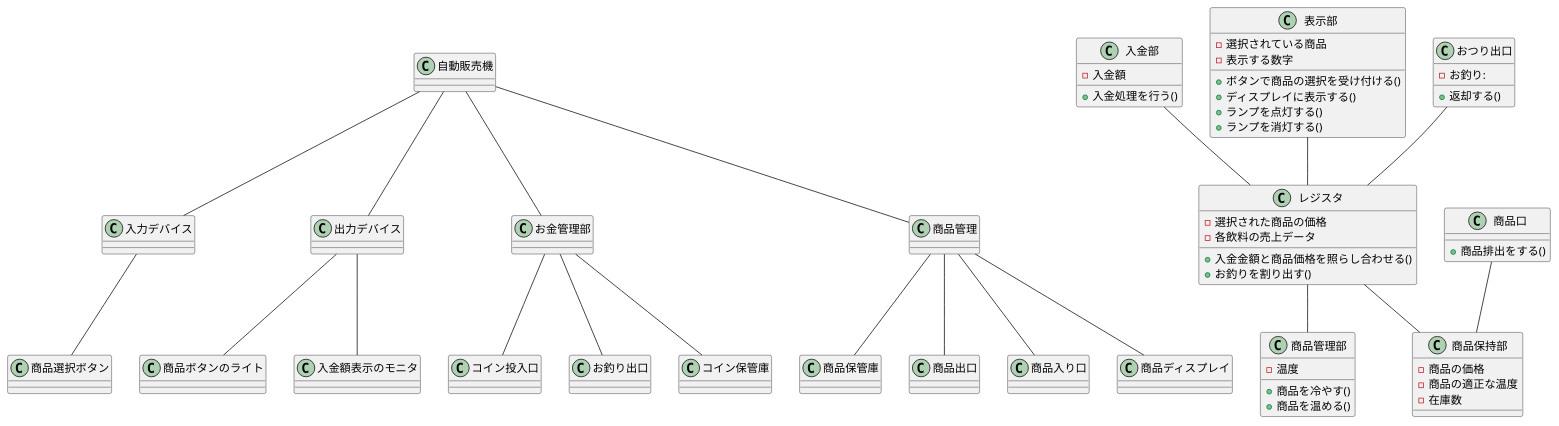
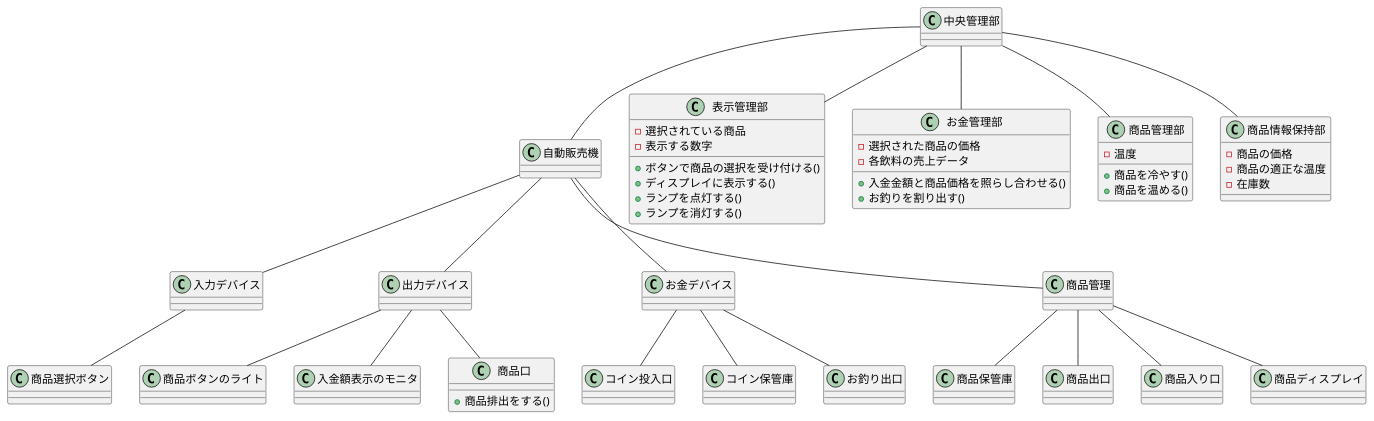
One commit to SLP-ETR-public/plantUML-recture changed the diagram in kattsun17/Q03/class.pu. Above: the diagram before and after it, drawn with PlantUML. The commit also changed 1 other file, not shown here.

```diff
--- a/kattsun17/Q03/class.pu
+++ b/kattsun17/Q03/class.pu
@@ -1,130 +1,124 @@
 @startuml
+
+class 中央管理部 {
+
+}
 
 class 入力デバイス {
 
 }
 
 class 出力デバイス {
 
 }
 
 class 商品選択ボタン {
 
 }
 
 class 商品ボタンのライト {
 
 }
 
 class 入金額表示のモニタ {
 
 }
 
-class お金管理部 {
+class お金デバイス {
 
 }
 
 class コイン投入口 {
 
 }
 
-class お釣り出口 {
-
-}
 
 class コイン保管庫 {
 
 }
 
 class 商品管理 {
 
 }
 
 class 商品保管庫 {
 
 }
 
 class 商品出口 {
 
 }
 
 class 商品入り口 {
 
 }
 
 class 商品ディスプレイ {
 
 }
 
 class 自動販売機 {
 
 }
 
 
-class 入金部 {
-    - 入金額
-    + 入金処理を行う()
-}
 
-class 表示部 {
+
+class 表示管理部 {
     - 選択されている商品
     - 表示する数字
     + ボタンで商品の選択を受け付ける()
     + ディスプレイに表示する()
     + ランプを点灯する()
     + ランプを消灯する()
 }
 
-class レジスタ {
+class お金管理部 {
     - 選択された商品の価格
     - 各飲料の売上データ
     + 入金金額と商品価格を照らし合わせる()
     + お釣りを割り出す()
 }
 
-class おつり出口 {
-    - お釣り:
-    + 返却する()
-}
 
 class 商品管理部 {
     - 温度
     + 商品を冷やす()
     + 商品を温める()
 }
 
-class 商品保持部 {
+class 商品情報保持部 {
     - 商品の価格
     - 商品の適正な温度
     - 在庫数
 }
 
 class 商品口 {
     + 商品排出をする()
 } 
 
-レジスタ -- 商品保持部
-商品口 -- 商品保持部
-おつり出口 -- レジスタ
-入金部 -- レジスタ
-レジスタ -- 商品管理部
-表示部 -- レジスタ
 
 入力デバイス -- 商品選択ボタン
 出力デバイス -- 商品ボタンのライト
 出力デバイス -- 入金額表示のモニタ
-お金管理部 -- コイン投入口
-お金管理部 -- お釣り出口
-お金管理部 -- コイン保管庫
+出力デバイス -- 商品口
+お金デバイス -- コイン投入口
+お金デバイス -- お釣り出口
+お金デバイス -- コイン保管庫
 商品管理 -- 商品保管庫
 商品管理 -- 商品出口
 商品管理 -- 商品入り口
 商品管理 -- 商品ディスプレイ 
 
 自動販売機 -- 商品管理
-自動販売機 -- お金管理部
+自動販売機 -- お金デバイス
 自動販売機 -- 出力デバイス
 自動販売機 -- 入力デバイス
 
+中央管理部 -- 表示管理部
+中央管理部 -- お金管理部
+中央管理部 -- 商品管理部
+中央管理部 -- 商品情報保持部
+中央管理部 -- 自動販売機
 
 @enduml
```
